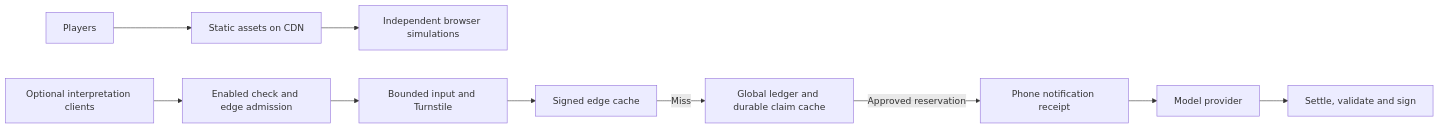
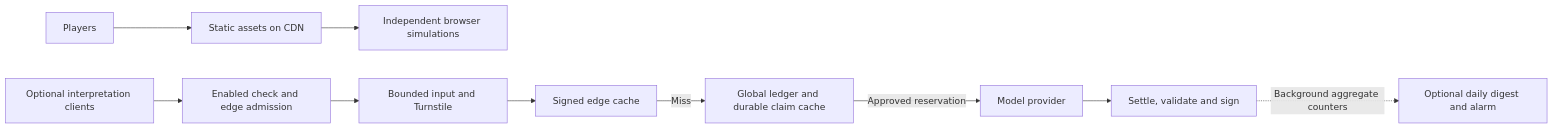
The diagram in docs/scale.md (Maddy824/Rumourtown), drawn with Mermaid before and after one commit. The commit also changed other lines of this file and 12 other files, not shown here.

````diff
--- a/docs/scale.md
+++ b/docs/scale.md
@@ -7,12 +7,12 @@
 ```mermaid
 flowchart LR
   P[Players] --> CDN[Static assets on CDN]
   CDN --> B[Independent browser simulations]
   D[Optional interpretation clients] --> E[Enabled check and edge admission]
   E --> T[Bounded input and Turnstile]
   T --> C[Signed edge cache]
   C -->|Miss| L[Global ledger and durable claim cache]
-  L -->|Approved reservation| N[Phone notification receipt]
-  N --> M[Model provider]
+  L -->|Approved reservation| M[Model provider]
   M --> S[Settle, validate and sign]
+  S -. Background aggregate counters .-> N[Optional daily digest and alarm]
 ```
````
